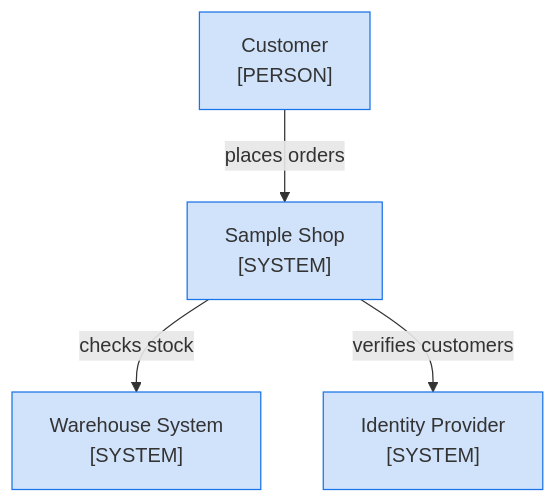
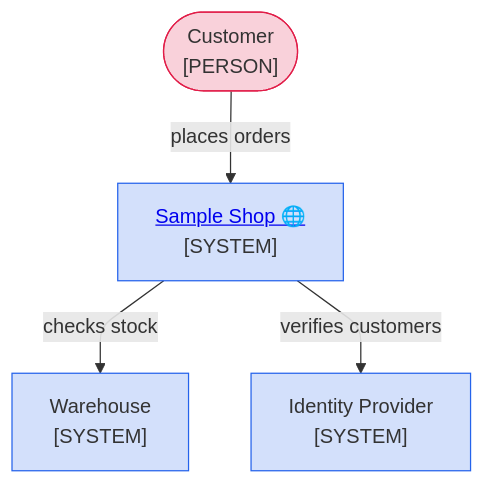
One commit to choonchernlim/skills changed the diagram in skills/docsmith/scripts/fixtures/good/README.md. Above: the diagram before and after it, drawn with Mermaid. The commit also changed other lines of this file and 127 other files, not shown here.

````diff
--- a/skills/docsmith/scripts/fixtures/good/README.md
+++ b/skills/docsmith/scripts/fixtures/good/README.md
@@ -17,14 +17,17 @@
 ```mermaid
 graph TD
-  Customer["Customer<br/>[PERSON]"]
-  Shop["Sample Shop<br/>[SYSTEM]"]
-  Warehouse["Warehouse System<br/>[SYSTEM]"]
+  %%{init: {"themeCSS": ".cluster-label, .cluster-label div, .cluster-label span, .cluster-label p { text-align: center !important; }", "flowchart": {"curve": "rounded", "subGraphTitleMargin": {"top": 6, "bottom": 30}}}}%%
+  Customer(["Customer<br/>[PERSON]"])
+  Shop["<a href='docs/architecture.md'>Sample Shop 🌐</a><br/>[SYSTEM]"]
+  Warehouse["Warehouse<br/>[SYSTEM]"]
   Identity["Identity Provider<br/>[SYSTEM]"]
 
   Customer -->|"places orders"| Shop
   Shop -->|"checks stock"| Warehouse
   Shop -->|"verifies customers"| Identity
 
-  class Customer,Shop,Warehouse,Identity own
-  classDef own fill:#1a73e833,stroke:#1a73e8
+  class Customer person
+  class Shop,Warehouse,Identity own
+  classDef own fill:#2563eb33,stroke:#2563eb
+  classDef person fill:#e11d4833,stroke:#e11d48
 ```
````
